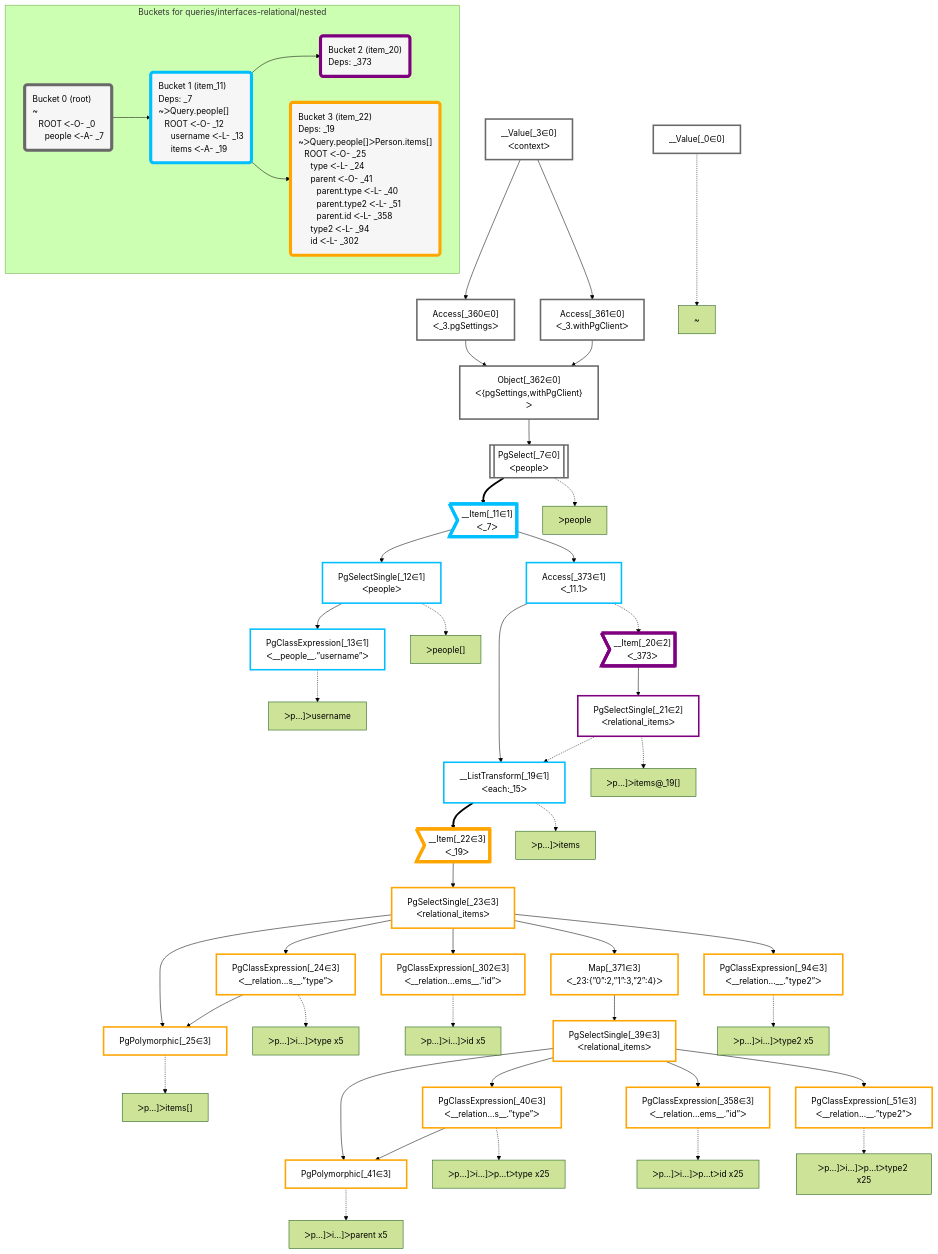
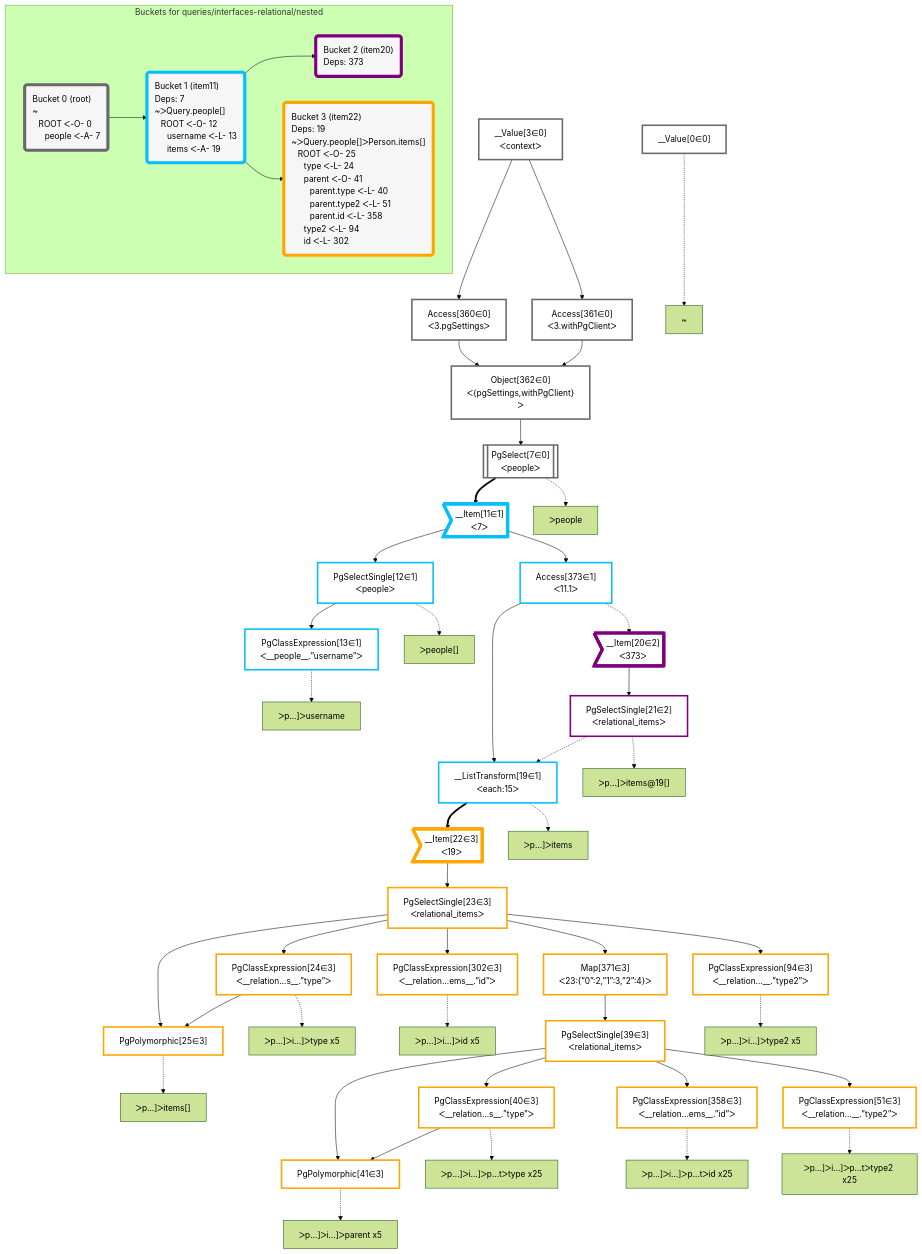
Before and after one commit to graphile/crystal: the diagram in packages/dataplan-pg/__tests__/queries/interfaces-relational/nested.mermaid.md, drawn with Mermaid (forest theme). The commit also changed 195 other files, not shown here.

```diff
--- a/packages/dataplan-pg/__tests__/queries/interfaces-relational/nested.mermaid.md
+++ b/packages/dataplan-pg/__tests__/queries/interfaces-relational/nested.mermaid.md
@@ -8,101 +8,101 @@
 
 
     %% define plans
-    __Value_0["__Value[_0∈0]"]:::plan
-    PgClassExpression_13["PgClassExpression[_13∈1]<br />ᐸ__people__.”username”ᐳ"]:::plan
-    PgSelectSingle_12["PgSelectSingle[_12∈1]<br />ᐸpeopleᐳ"]:::plan
-    PgPolymorphic_25["PgPolymorphic[_25∈3]"]:::plan
-    PgClassExpression_24["PgClassExpression[_24∈3]<br />ᐸ__relation...s__.”type”ᐳ"]:::plan
-    PgClassExpression_302["PgClassExpression[_302∈3]<br />ᐸ__relation...ems__.”id”ᐳ"]:::plan
-    PgPolymorphic_41["PgPolymorphic[_41∈3]"]:::plan
-    PgClassExpression_40["PgClassExpression[_40∈3]<br />ᐸ__relation...s__.”type”ᐳ"]:::plan
-    PgClassExpression_358["PgClassExpression[_358∈3]<br />ᐸ__relation...ems__.”id”ᐳ"]:::plan
-    PgClassExpression_51["PgClassExpression[_51∈3]<br />ᐸ__relation...__.”type2”ᐳ"]:::plan
-    PgSelectSingle_39["PgSelectSingle[_39∈3]<br />ᐸrelational_itemsᐳ"]:::plan
-    Map_371["Map[_371∈3]<br />ᐸ_23:{”0”:2,”1”:3,”2”:4}ᐳ"]:::plan
-    PgClassExpression_94["PgClassExpression[_94∈3]<br />ᐸ__relation...__.”type2”ᐳ"]:::plan
-    PgSelectSingle_23["PgSelectSingle[_23∈3]<br />ᐸrelational_itemsᐳ"]:::plan
-    __Item_22>"__Item[_22∈3]<br />ᐸ_19ᐳ"]:::itemplan
-    __ListTransform_19["__ListTransform[_19∈1]<br />ᐸeach:_15ᐳ"]:::plan
-    PgSelectSingle_21["PgSelectSingle[_21∈2]<br />ᐸrelational_itemsᐳ"]:::plan
-    __Item_20>"__Item[_20∈2]<br />ᐸ_373ᐳ"]:::itemplan
-    Access_373["Access[_373∈1]<br />ᐸ_11.1ᐳ"]:::plan
-    __Item_11>"__Item[_11∈1]<br />ᐸ_7ᐳ"]:::itemplan
-    PgSelect_7[["PgSelect[_7∈0]<br />ᐸpeopleᐳ"]]:::plan
-    Object_362["Object[_362∈0]<br />ᐸ{pgSettings,withPgClient}ᐳ"]:::plan
-    Access_360["Access[_360∈0]<br />ᐸ_3.pgSettingsᐳ"]:::plan
-    Access_361["Access[_361∈0]<br />ᐸ_3.withPgClientᐳ"]:::plan
-    __Value_3["__Value[_3∈0]<br />ᐸcontextᐳ"]:::plan
+    __Value0["__Value[0∈0]"]:::plan
+    PgClassExpression13["PgClassExpression[13∈1]<br />ᐸ__people__.”username”ᐳ"]:::plan
+    PgSelectSingle12["PgSelectSingle[12∈1]<br />ᐸpeopleᐳ"]:::plan
+    PgPolymorphic25["PgPolymorphic[25∈3]"]:::plan
+    PgClassExpression24["PgClassExpression[24∈3]<br />ᐸ__relation...s__.”type”ᐳ"]:::plan
+    PgClassExpression302["PgClassExpression[302∈3]<br />ᐸ__relation...ems__.”id”ᐳ"]:::plan
+    PgPolymorphic41["PgPolymorphic[41∈3]"]:::plan
+    PgClassExpression40["PgClassExpression[40∈3]<br />ᐸ__relation...s__.”type”ᐳ"]:::plan
+    PgClassExpression358["PgClassExpression[358∈3]<br />ᐸ__relation...ems__.”id”ᐳ"]:::plan
+    PgClassExpression51["PgClassExpression[51∈3]<br />ᐸ__relation...__.”type2”ᐳ"]:::plan
+    PgSelectSingle39["PgSelectSingle[39∈3]<br />ᐸrelational_itemsᐳ"]:::plan
+    Map371["Map[371∈3]<br />ᐸ23:{”0”:2,”1”:3,”2”:4}ᐳ"]:::plan
+    PgClassExpression94["PgClassExpression[94∈3]<br />ᐸ__relation...__.”type2”ᐳ"]:::plan
+    PgSelectSingle23["PgSelectSingle[23∈3]<br />ᐸrelational_itemsᐳ"]:::plan
+    __Item22>"__Item[22∈3]<br />ᐸ19ᐳ"]:::itemplan
+    __ListTransform19["__ListTransform[19∈1]<br />ᐸeach:15ᐳ"]:::plan
+    PgSelectSingle21["PgSelectSingle[21∈2]<br />ᐸrelational_itemsᐳ"]:::plan
+    __Item20>"__Item[20∈2]<br />ᐸ373ᐳ"]:::itemplan
+    Access373["Access[373∈1]<br />ᐸ11.1ᐳ"]:::plan
+    __Item11>"__Item[11∈1]<br />ᐸ7ᐳ"]:::itemplan
+    PgSelect7[["PgSelect[7∈0]<br />ᐸpeopleᐳ"]]:::plan
+    Object362["Object[362∈0]<br />ᐸ{pgSettings,withPgClient}ᐳ"]:::plan
+    Access360["Access[360∈0]<br />ᐸ3.pgSettingsᐳ"]:::plan
+    Access361["Access[361∈0]<br />ᐸ3.withPgClientᐳ"]:::plan
+    __Value3["__Value[3∈0]<br />ᐸcontextᐳ"]:::plan
 
     %% plan dependencies
-    PgSelectSingle_12 --> PgClassExpression_13
-    __Item_11 --> PgSelectSingle_12
-    PgSelectSingle_23 & PgClassExpression_24 --> PgPolymorphic_25
-    PgSelectSingle_23 --> PgClassExpression_24
-    PgSelectSingle_23 --> PgClassExpression_302
-    PgSelectSingle_39 & PgClassExpression_40 --> PgPolymorphic_41
-    PgSelectSingle_39 --> PgClassExpression_40
-    PgSelectSingle_39 --> PgClassExpression_358
-    PgSelectSingle_39 --> PgClassExpression_51
-    Map_371 --> PgSelectSingle_39
-    PgSelectSingle_23 --> Map_371
-    PgSelectSingle_23 --> PgClassExpression_94
-    __Item_22 --> PgSelectSingle_23
-    __ListTransform_19 ==> __Item_22
-    Access_373 --> __ListTransform_19
-    PgSelectSingle_21 -.-> __ListTransform_19
-    __Item_20 --> PgSelectSingle_21
-    Access_373 -.-> __Item_20
-    __Item_11 --> Access_373
-    PgSelect_7 ==> __Item_11
-    Object_362 --> PgSelect_7
-    Access_360 & Access_361 --> Object_362
-    __Value_3 --> Access_360
-    __Value_3 --> Access_361
+    PgSelectSingle12 --> PgClassExpression13
+    __Item11 --> PgSelectSingle12
+    PgSelectSingle23 & PgClassExpression24 --> PgPolymorphic25
+    PgSelectSingle23 --> PgClassExpression24
+    PgSelectSingle23 --> PgClassExpression302
+    PgSelectSingle39 & PgClassExpression40 --> PgPolymorphic41
+    PgSelectSingle39 --> PgClassExpression40
+    PgSelectSingle39 --> PgClassExpression358
+    PgSelectSingle39 --> PgClassExpression51
+    Map371 --> PgSelectSingle39
+    PgSelectSingle23 --> Map371
+    PgSelectSingle23 --> PgClassExpression94
+    __Item22 --> PgSelectSingle23
+    __ListTransform19 ==> __Item22
+    Access373 --> __ListTransform19
+    PgSelectSingle21 -.-> __ListTransform19
+    __Item20 --> PgSelectSingle21
+    Access373 -.-> __Item20
+    __Item11 --> Access373
+    PgSelect7 ==> __Item11
+    Object362 --> PgSelect7
+    Access360 & Access361 --> Object362
+    __Value3 --> Access360
+    __Value3 --> Access361
 
     %% plan-to-path relationships
-    P_0["~"]
-    __Value_0 -.-> P_0
-    P_7["ᐳpeople"]
-    PgSelect_7 -.-> P_7
-    P_12["ᐳpeople[]"]
-    PgSelectSingle_12 -.-> P_12
-    P_13["ᐳp…]ᐳusername"]
-    PgClassExpression_13 -.-> P_13
-    P_19["ᐳp…]ᐳitems"]
-    __ListTransform_19 -.-> P_19
-    P_21["ᐳp…]ᐳitems@_19[]"]
-    PgSelectSingle_21 -.-> P_21
-    P_24["ᐳp…]ᐳi…]ᐳtype x5"]
-    PgClassExpression_24 -.-> P_24
-    P_25["ᐳp…]ᐳitems[]"]
-    PgPolymorphic_25 -.-> P_25
-    P_40["ᐳp…]ᐳi…]ᐳp…tᐳtype x25"]
-    PgClassExpression_40 -.-> P_40
-    P_41["ᐳp…]ᐳi…]ᐳparent x5"]
-    PgPolymorphic_41 -.-> P_41
-    P_51["ᐳp…]ᐳi…]ᐳp…tᐳtype2 x25"]
-    PgClassExpression_51 -.-> P_51
-    P_94["ᐳp…]ᐳi…]ᐳtype2 x5"]
-    PgClassExpression_94 -.-> P_94
-    P_302["ᐳp…]ᐳi…]ᐳid x5"]
-    PgClassExpression_302 -.-> P_302
-    P_358["ᐳp…]ᐳi…]ᐳp…tᐳid x25"]
-    PgClassExpression_358 -.-> P_358
+    P0["~"]
+    __Value0 -.-> P0
+    P7["ᐳpeople"]
+    PgSelect7 -.-> P7
+    P12["ᐳpeople[]"]
+    PgSelectSingle12 -.-> P12
+    P13["ᐳp…]ᐳusername"]
+    PgClassExpression13 -.-> P13
+    P19["ᐳp…]ᐳitems"]
+    __ListTransform19 -.-> P19
+    P21["ᐳp…]ᐳitems@19[]"]
+    PgSelectSingle21 -.-> P21
+    P24["ᐳp…]ᐳi…]ᐳtype x5"]
+    PgClassExpression24 -.-> P24
+    P25["ᐳp…]ᐳitems[]"]
+    PgPolymorphic25 -.-> P25
+    P40["ᐳp…]ᐳi…]ᐳp…tᐳtype x25"]
+    PgClassExpression40 -.-> P40
+    P41["ᐳp…]ᐳi…]ᐳparent x5"]
+    PgPolymorphic41 -.-> P41
+    P51["ᐳp…]ᐳi…]ᐳp…tᐳtype2 x25"]
+    PgClassExpression51 -.-> P51
+    P94["ᐳp…]ᐳi…]ᐳtype2 x5"]
+    PgClassExpression94 -.-> P94
+    P302["ᐳp…]ᐳi…]ᐳid x5"]
+    PgClassExpression302 -.-> P302
+    P358["ᐳp…]ᐳi…]ᐳp…tᐳid x25"]
+    PgClassExpression358 -.-> P358
 
     subgraph "Buckets for queries/interfaces-relational/nested"
-    Bucket0("Bucket 0 (root)<br />~<br />⠀ROOT ᐸ-O- _0<br />⠀⠀people ᐸ-A- _7"):::bucket
+    Bucket0("Bucket 0 (root)<br />~<br />⠀ROOT ᐸ-O- 0<br />⠀⠀people ᐸ-A- 7"):::bucket
     classDef bucket0 stroke:#696969
-    class Bucket0,__Value_0,__Value_3,PgSelect_7,Access_360,Access_361,Object_362 bucket0
-    Bucket1("Bucket 1 (item_11)<br />Deps: _7<br />~ᐳQuery.people[]<br />⠀ROOT ᐸ-O- _12<br />⠀⠀username ᐸ-L- _13<br />⠀⠀items ᐸ-A- _19"):::bucket
+    class Bucket0,__Value0,__Value3,PgSelect7,Access360,Access361,Object362 bucket0
+    Bucket1("Bucket 1 (item11)<br />Deps: 7<br />~ᐳQuery.people[]<br />⠀ROOT ᐸ-O- 12<br />⠀⠀username ᐸ-L- 13<br />⠀⠀items ᐸ-A- 19"):::bucket
     classDef bucket1 stroke:#00bfff
-    class Bucket1,__Item_11,PgSelectSingle_12,PgClassExpression_13,__ListTransform_19,Access_373 bucket1
-    Bucket2("Bucket 2 (item_20)<br />Deps: _373"):::bucket
+    class Bucket1,__Item11,PgSelectSingle12,PgClassExpression13,__ListTransform19,Access373 bucket1
+    Bucket2("Bucket 2 (item20)<br />Deps: 373"):::bucket
     classDef bucket2 stroke:#7f007f
-    class Bucket2,__Item_20,PgSelectSingle_21 bucket2
-    Bucket3("Bucket 3 (item_22)<br />Deps: _19<br />~ᐳQuery.people[]ᐳPerson.items[]<br />⠀ROOT ᐸ-O- _25<br />⠀⠀type ᐸ-L- _24<br />⠀⠀parent ᐸ-O- _41<br />⠀⠀⠀parent.type ᐸ-L- _40<br />⠀⠀⠀parent.type2 ᐸ-L- _51<br />⠀⠀⠀parent.id ᐸ-L- _358<br />⠀⠀type2 ᐸ-L- _94<br />⠀⠀id ᐸ-L- _302"):::bucket
+    class Bucket2,__Item20,PgSelectSingle21 bucket2
+    Bucket3("Bucket 3 (item22)<br />Deps: 19<br />~ᐳQuery.people[]ᐳPerson.items[]<br />⠀ROOT ᐸ-O- 25<br />⠀⠀type ᐸ-L- 24<br />⠀⠀parent ᐸ-O- 41<br />⠀⠀⠀parent.type ᐸ-L- 40<br />⠀⠀⠀parent.type2 ᐸ-L- 51<br />⠀⠀⠀parent.id ᐸ-L- 358<br />⠀⠀type2 ᐸ-L- 94<br />⠀⠀id ᐸ-L- 302"):::bucket
     classDef bucket3 stroke:#ffa500
-    class Bucket3,__Item_22,PgSelectSingle_23,PgClassExpression_24,PgPolymorphic_25,PgSelectSingle_39,PgClassExpression_40,PgPolymorphic_41,PgClassExpression_51,PgClassExpression_94,PgClassExpression_302,PgClassExpression_358,Map_371 bucket3
+    class Bucket3,__Item22,PgSelectSingle23,PgClassExpression24,PgPolymorphic25,PgSelectSingle39,PgClassExpression40,PgPolymorphic41,PgClassExpression51,PgClassExpression94,PgClassExpression302,PgClassExpression358,Map371 bucket3
     Bucket0 --> Bucket1
     Bucket1 --> Bucket2 & Bucket3
     end
```
